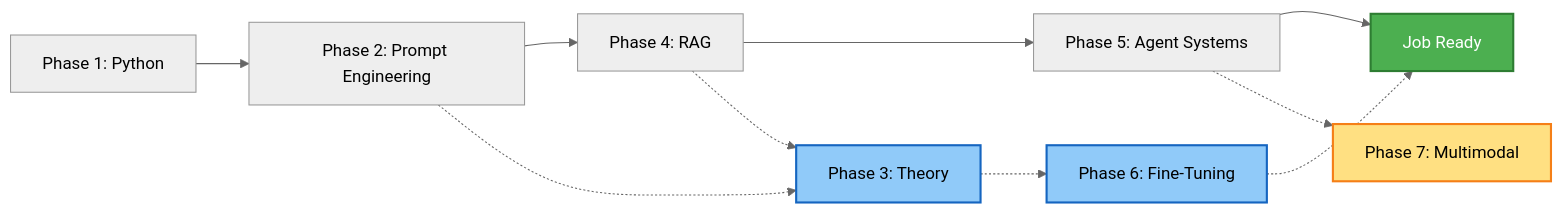
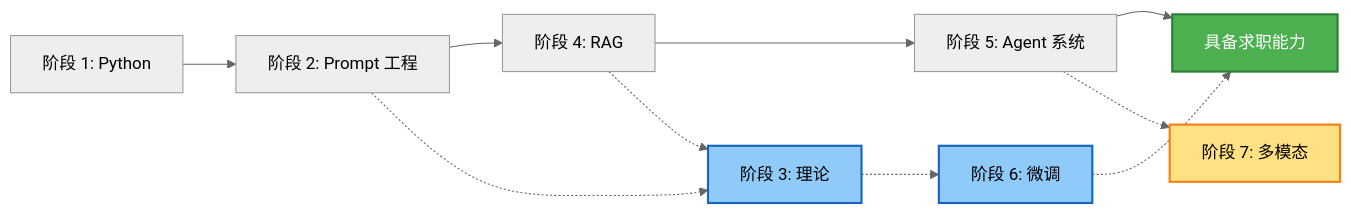
Before and after one commit to adolphins/AI-Agents-Rodadmap: the diagram in README.md, drawn with Mermaid (neutral theme). The commit also changed other lines of this file and 10 other files, not shown here.

````diff
--- a/README.md
+++ b/README.md
@@ -35,17 +33,17 @@
 ```mermaid
 flowchart LR
-    A[Phase 1: Python] --> B[Phase 2: Prompt Engineering]
-    B --> C[Phase 4: RAG]
-    C --> D[Phase 5: Agent Systems]
-    D --> E[Job Ready]
-    B -.-> F[Phase 3: Theory]
+    A[阶段 1: Python] --> B[阶段 2: Prompt 工程]
+    B --> C[阶段 4: RAG]
+    C --> D[阶段 5: Agent 系统]
+    D --> E[具备求职能力]
+    B -.-> F[阶段 3: 理论]
     C -.-> F
-    F -.-> G[Phase 6: Fine-Tuning]
+    F -.-> G[阶段 6: 微调]
     G -.-> E
-    D -.-> H[Phase 7: Multimodal]
+    D -.-> H[阶段 7: 多模态]
 
     style E fill:#4CAF50,color:#fff,stroke:#2E7D32,stroke-width:2px
     style F fill:#90CAF9,color:#000,stroke:#1565C0,stroke-width:2px
     style G fill:#90CAF9,color:#000,stroke:#1565C0,stroke-width:2px
     style H fill:#FFE082,color:#000,stroke:#F57F17,stroke-width:2px
 ```
````
